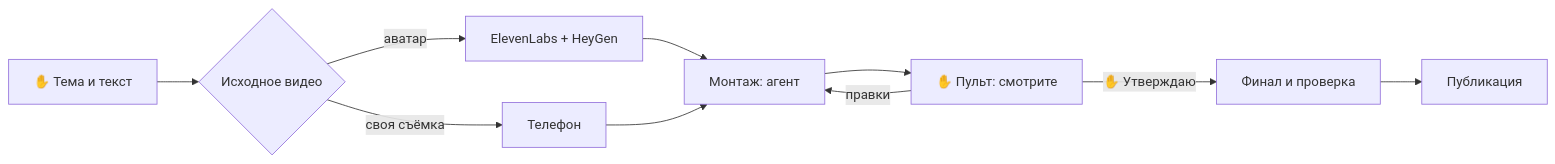
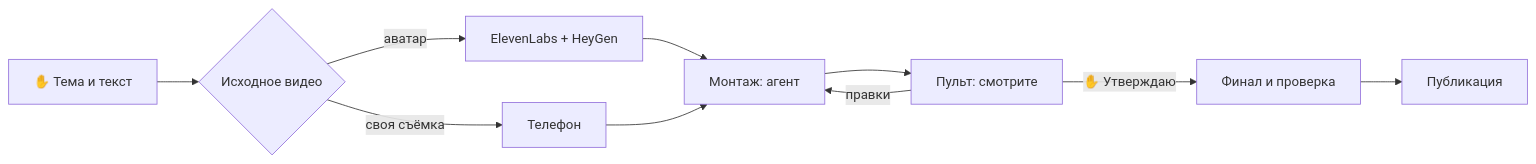
One commit to kkaphoto-collab/AutoMontage-Agent changed the diagram in docs/reels-guide/README.md. Above: the diagram before and after it, drawn with Mermaid. The commit also changed other lines of this file and 20 other files, not shown here.

````diff
--- a/docs/reels-guide/README.md
+++ b/docs/reels-guide/README.md
@@ -44,12 +71,12 @@
 ```mermaid
 flowchart LR
   A["✋ Тема и текст"] --> B{"Исходное видео"}
   B -->|аватар| C["ElevenLabs + HeyGen"]
   B -->|своя съёмка| D["Телефон"]
   C --> E["Монтаж: агент"]
   D --> E
-  E --> F["✋ Пульт: смотрите"]
+  E --> F["Пульт: смотрите"]
   F -->|правки| E
   F -->|"✋ Утверждаю"| G["Финал и проверка"]
   G --> H["Публикация"]
 ```
````
